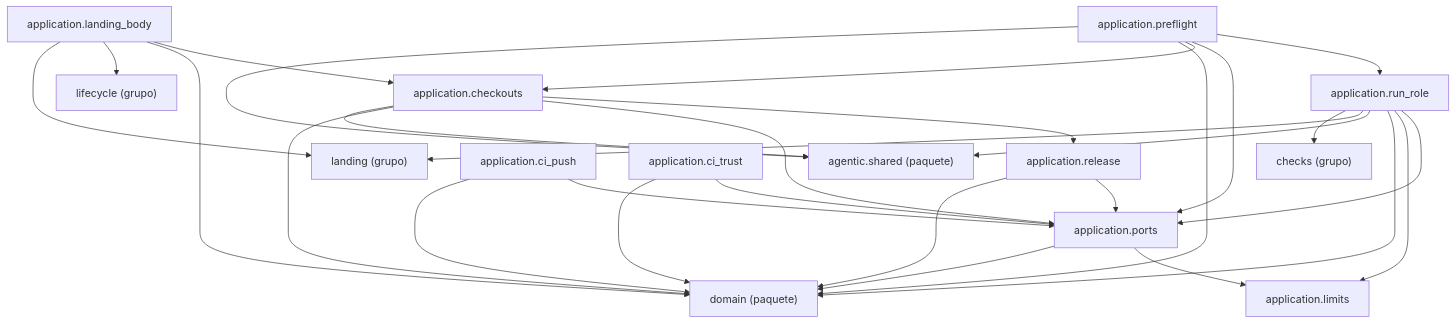
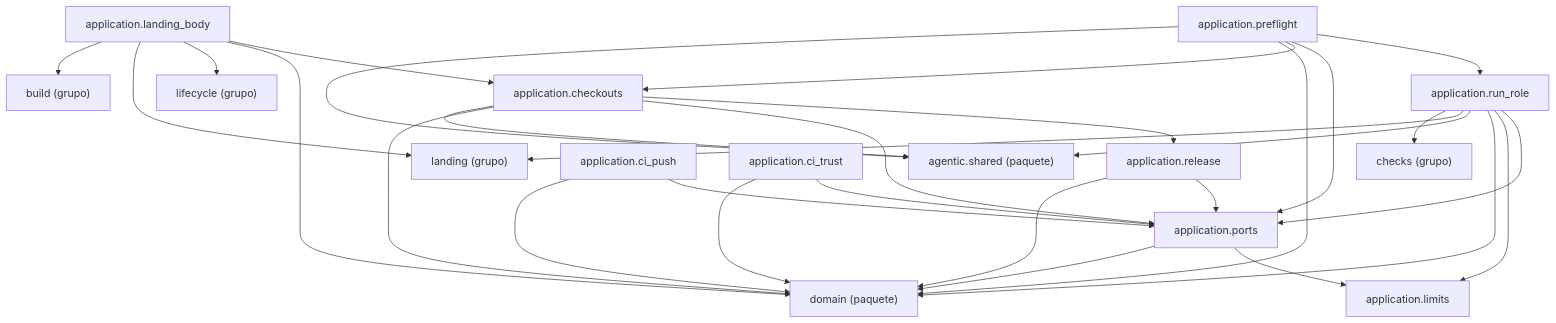
The diagram in docs/architecture/generated/packages-process-application-support.md (GonzaloZevallos/agentic-system), drawn with Mermaid before and after one commit. The commit also changed 1 other file, not shown here.

Commit message:
Regenerate the architecture pages

````diff
--- a/docs/architecture/generated/packages-process-application-support.md
+++ b/docs/architecture/generated/packages-process-application-support.md
@@ -16,44 +16,46 @@
 ```mermaid
 graph TD
+    g_application__build["build (grupo)"]
     g_application__checks["checks (grupo)"]
     g_application__landing["landing (grupo)"]
     g_application__lifecycle["lifecycle (grupo)"]
     g_pkg__agentic__shared["agentic.shared (paquete)"]
     g_pkg__domain["domain (paquete)"]
     m_application__checkouts["application.checkouts"]
     m_application__ci_push["application.ci_push"]
     m_application__ci_trust["application.ci_trust"]
     m_application__landing_body["application.landing_body"]
     m_application__limits["application.limits"]
     m_application__ports["application.ports"]
     m_application__preflight["application.preflight"]
     m_application__release["application.release"]
     m_application__run_role["application.run_role"]
     m_application__checkouts --> g_pkg__agentic__shared
     m_application__checkouts --> g_pkg__domain
     m_application__checkouts --> m_application__ports
     m_application__checkouts --> m_application__release
     m_application__ci_push --> g_pkg__domain
     m_application__ci_push --> m_application__ports
     m_application__ci_trust --> g_pkg__domain
     m_application__ci_trust --> m_application__ports
+    m_application__landing_body --> g_application__build
     m_application__landing_body --> g_application__landing
     m_application__landing_body --> g_application__lifecycle
     m_application__landing_body --> g_pkg__domain
     m_application__landing_body --> m_application__checkouts
     m_application__ports --> g_pkg__domain
     m_application__ports --> m_application__limits
     m_application__preflight --> g_pkg__agentic__shared
     m_application__preflight --> g_pkg__domain
     m_application__preflight --> m_application__checkouts
     m_application__preflight --> m_application__ports
     m_application__preflight --> m_application__run_role
     m_application__release --> g_pkg__domain
     m_application__release --> m_application__ports
     m_application__run_role --> g_application__checks
     m_application__run_role --> g_application__landing
     m_application__run_role --> g_pkg__agentic__shared
     m_application__run_role --> g_pkg__domain
     m_application__run_role --> m_application__limits
     m_application__run_role --> m_application__ports
 ```
````
